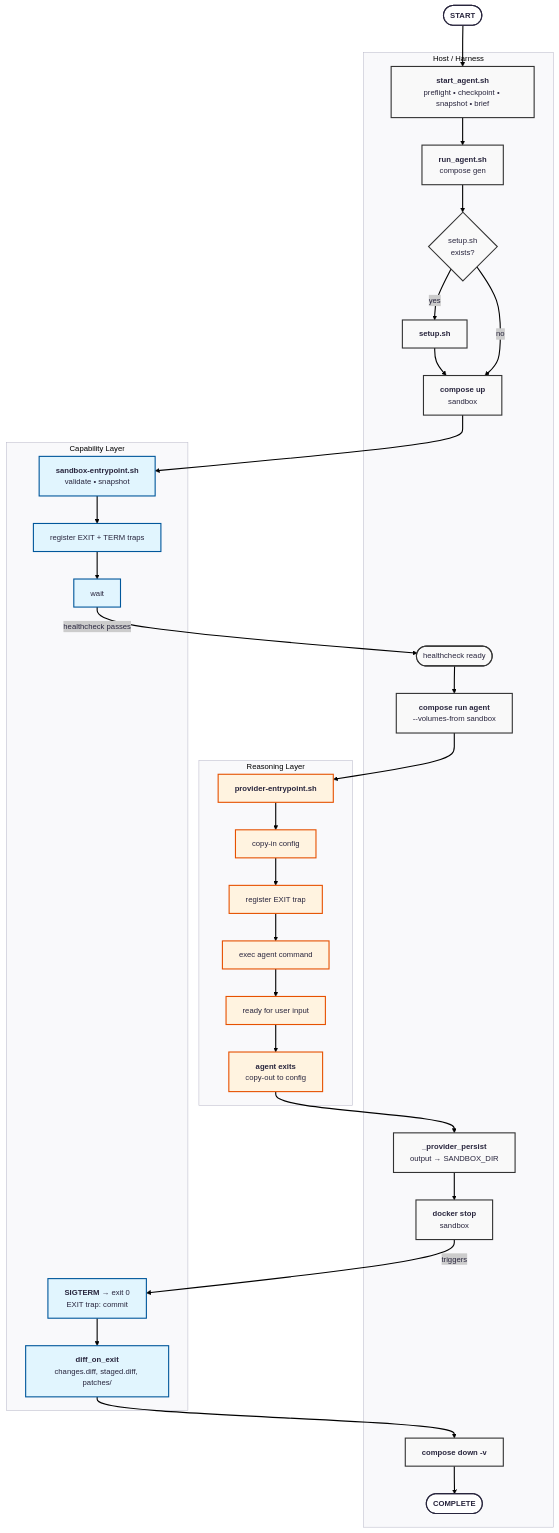
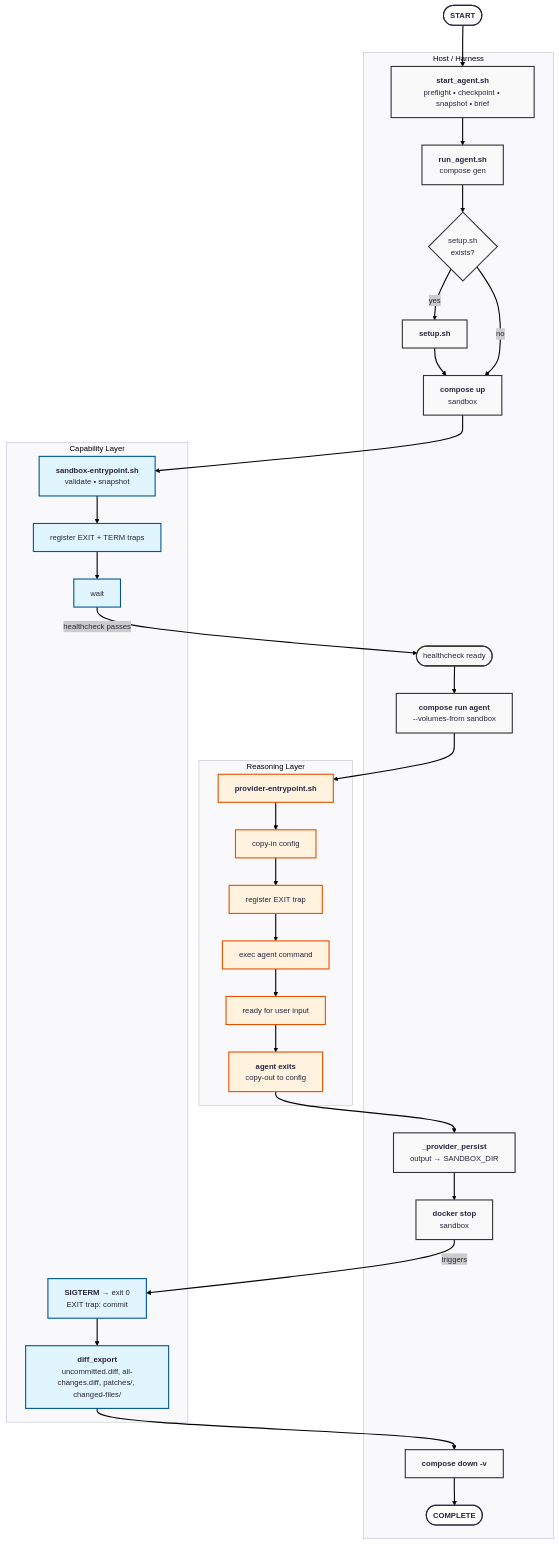
The diagram in docs/architecture/execution_model.md (yaojiethng/agent-sandbox), drawn with Mermaid before and after one commit. The commit also changed other lines of this file and 9 other files, not shown here.

````diff
--- a/docs/architecture/execution_model.md
+++ b/docs/architecture/execution_model.md
@@ -125,63 +128,63 @@
 ```mermaid
 ---
 config:
       theme: redux
 ---
 flowchart TD
     %% Global Styles
     classDef host fill:#f9f9f9,stroke:#333,stroke-width:2px;
     classDef cap fill:#e1f5fe,stroke:#01579b;
     classDef rsn fill:#fff3e0,stroke:#e65100;
 
     START([<b>START</b>]) --> SA
 
     subgraph HOST [Host / Harness]
         SA["<b>start_agent.sh</b><br/>preflight • checkpoint • snapshot • brief"]
         RA["<b>run_agent.sh</b><br/>compose gen"]
         DEC{setup.sh<br/>exists?}
         SH["<b>setup.sh</b>"]
         CUS["<b>compose up</b><br/>sandbox"]
         WAIT_HC([healthcheck ready])
         CRA["<b>compose run agent</b><br/>--volumes-from sandbox"]
         PP["<b>_provider_persist</b><br/>output → SANDBOX_DIR"]
         DSS["<b>docker stop</b><br/>sandbox"]
         CDV["<b>compose down -v</b>"]
         END([<b>COMPLETE</b>])
     end
 
     subgraph CAP [Capability Layer]
         SE["<b>sandbox-entrypoint.sh</b><br/>validate • snapshot"]
         TR["register EXIT + TERM traps"]
         WAIT["wait"]
         SIGTERM["<b>SIGTERM</b> → exit 0<br/>EXIT trap: commit"]
-        DIFF["<b>diff_on_exit</b><br/>changes.diff, staged.diff, patches/"]
+        DIFF["<b>diff_export</b><br/>uncommitted.diff, all-changes.diff, patches/, changed-files/"]
     end
 
     subgraph RSN [Reasoning Layer]
         PE["<b>provider-entrypoint.sh</b>"]
         CI["copy-in config"]
         ET["register EXIT trap"]
         EX["exec agent command"]
         RDY["ready for user input"]
         AE["<b>agent exits</b><br/>copy-out to config"]
     end
 
     %% Logic Flow
     SA --> RA --> DEC
     DEC -- yes --> SH --> CUS
     DEC -- no --> CUS
     CUS --> SE
     SE --> TR --> WAIT
     WAIT -- healthcheck passes --> WAIT_HC
     WAIT_HC --> CRA
     CRA --> PE
     PE --> CI --> ET --> EX --> RDY --> AE
     AE --> PP --> DSS
     DSS -- triggers --> SIGTERM
     SIGTERM --> DIFF --> CDV --> END
 
     %% Apply Styles
     class SA,RA,DEC,SH,CUS,WAIT_HC,CRA,PP,DSS,CDV host;
     class SE,TR,WAIT,SIGTERM,DIFF cap;
     class PE,CI,ET,EX,RDY,AE rsn;
 ```
````
